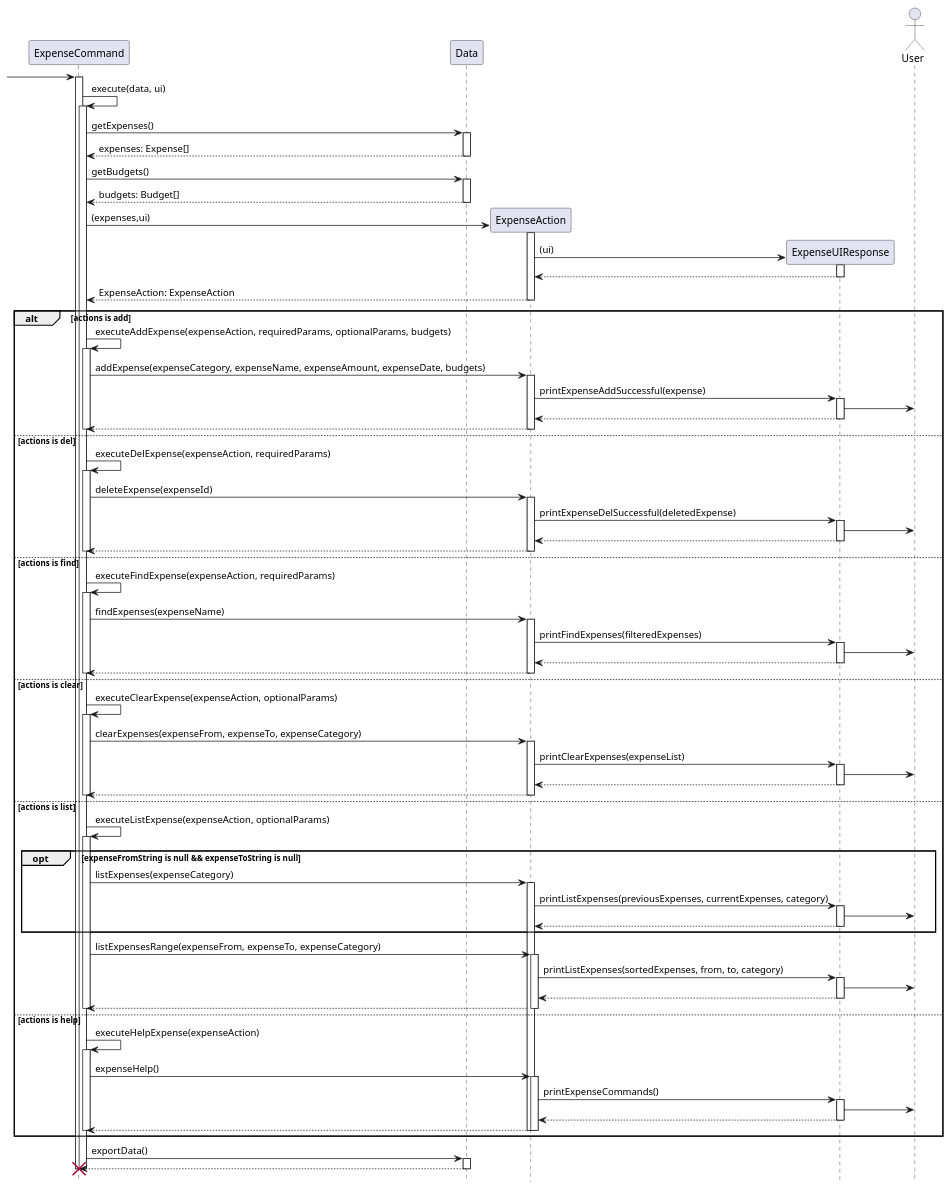
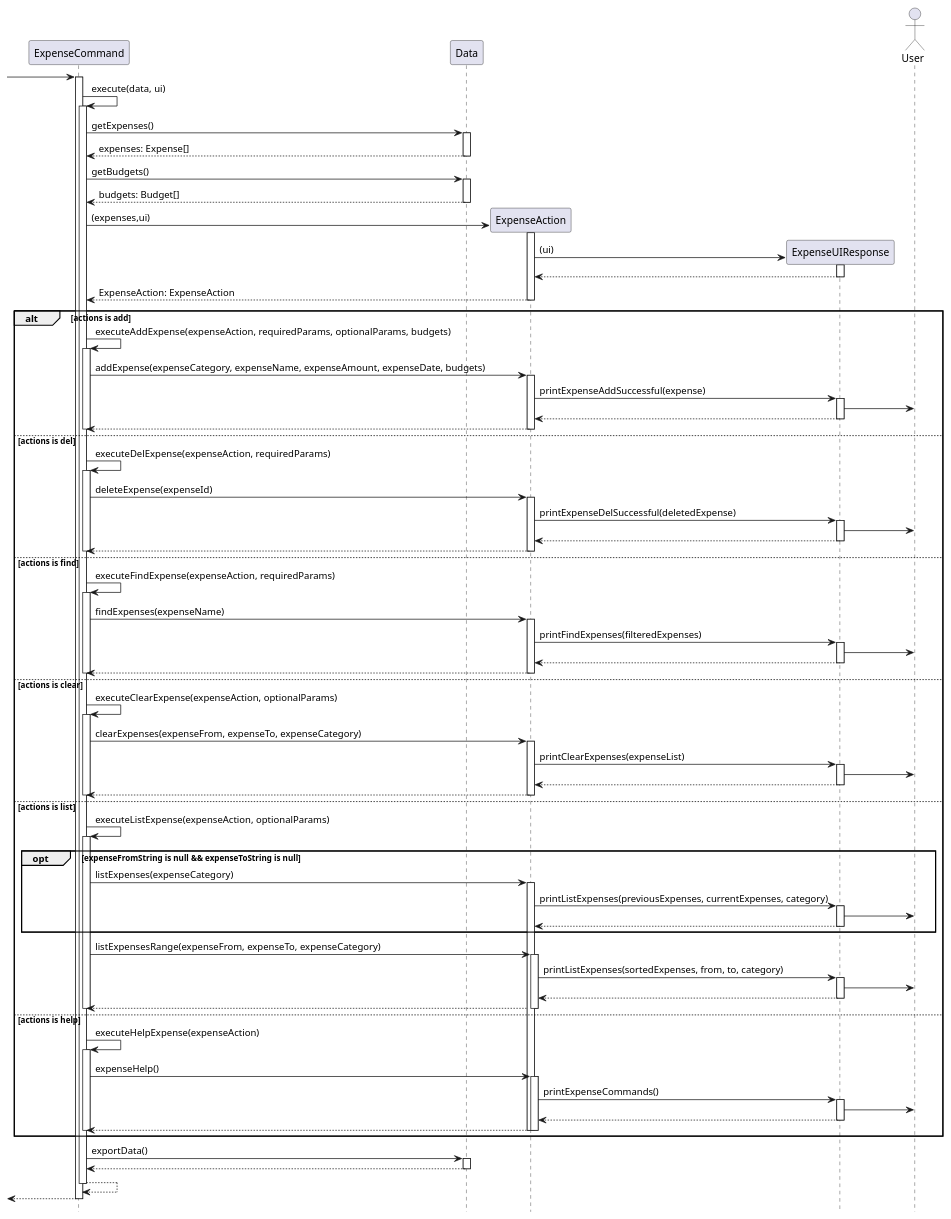
Before and after one commit to stephenkyang/tp: the diagram in docs/diagrams/ExpenseCommandSequence.puml, drawn with PlantUML. The commit also changed 7 other files, not shown here.

Commit message:
fix sequence diagrams

```diff
--- a/docs/diagrams/ExpenseCommandSequence.puml
+++ b/docs/diagrams/ExpenseCommandSequence.puml
@@ -1,137 +1,140 @@
 @startuml
 
 hide footbox
 
 participant ExpenseCommand
 participant Data
 participant ExpenseAction
 participant ExpenseUIResponse
 actor User
 
  -> "ExpenseCommand":
 
 activate "ExpenseCommand"
 "ExpenseCommand" -> "ExpenseCommand": execute(data, ui)
 activate  "ExpenseCommand"
 "ExpenseCommand" -> "Data": getExpenses()
 activate "Data"
 return expenses: Expense[]
 deactivate "Data"
 "ExpenseCommand" -> "Data": getBudgets()
 activate "Data"
 return budgets: Budget[]
 deactivate "Data"
 
 "ExpenseCommand" -> "ExpenseAction" ** : (expenses,ui)
 activate "ExpenseAction"
 
 "ExpenseAction" -> "ExpenseUIResponse" ** : (ui)
 activate "ExpenseUIResponse"
 "ExpenseUIResponse" --> "ExpenseAction"
 deactivate "ExpenseUIResponse"
 
 return ExpenseAction: ExpenseAction
 deactivate "ExpenseAction"
 
 
 alt actions is add
 "ExpenseCommand" -> "ExpenseCommand": executeAddExpense(expenseAction, requiredParams, optionalParams, budgets)
 activate "ExpenseCommand"
 "ExpenseCommand" -> "ExpenseAction" : addExpense(expenseCategory, expenseName, expenseAmount, expenseDate, budgets)
 activate "ExpenseAction"
 "ExpenseAction" -> "ExpenseUIResponse" : printExpenseAddSuccessful(expense)
 activate "ExpenseUIResponse"
 "ExpenseUIResponse" -> User
 return
 return
 
 deactivate "ExpenseCommand"
 
 else actions is del
 "ExpenseCommand" -> "ExpenseCommand": executeDelExpense(expenseAction, requiredParams)
 activate "ExpenseCommand"
 "ExpenseCommand" -> "ExpenseAction" : deleteExpense(expenseId)
 activate "ExpenseAction"
 "ExpenseAction" -> "ExpenseUIResponse" : printExpenseDelSuccessful(deletedExpense)
 activate "ExpenseUIResponse"
 "ExpenseUIResponse" -> User
 return
 return
 
 deactivate "ExpenseCommand"
 
 else actions is find
 "ExpenseCommand" -> "ExpenseCommand": executeFindExpense(expenseAction, requiredParams)
 activate "ExpenseCommand"
 "ExpenseCommand" -> "ExpenseAction" : findExpenses(expenseName)
 activate "ExpenseAction"
 "ExpenseAction" -> "ExpenseUIResponse" : printFindExpenses(filteredExpenses)
 activate "ExpenseUIResponse"
 "ExpenseUIResponse" -> User
 return
 return
 
 deactivate "ExpenseCommand"
 
 else actions is clear
 "ExpenseCommand" -> "ExpenseCommand": executeClearExpense(expenseAction, optionalParams)
 activate "ExpenseCommand"
 "ExpenseCommand" -> "ExpenseAction" : clearExpenses(expenseFrom, expenseTo, expenseCategory)
 activate "ExpenseAction"
 "ExpenseAction" -> "ExpenseUIResponse" : printClearExpenses(expenseList)
 activate "ExpenseUIResponse"
 "ExpenseUIResponse" -> User
 return
 return
 
 deactivate "ExpenseCommand"
 
 else actions is list
 "ExpenseCommand" -> "ExpenseCommand": executeListExpense(expenseAction, optionalParams)
 activate "ExpenseCommand"
 
 opt expenseFromString is null && expenseToString is null
 "ExpenseCommand" -> "ExpenseAction" : listExpenses(expenseCategory)
 activate "ExpenseAction"
 "ExpenseAction" -> "ExpenseUIResponse" : printListExpenses(previousExpenses, currentExpenses, category)
 activate "ExpenseUIResponse"
 "ExpenseUIResponse" -> User
 return
 end
 
 
 "ExpenseCommand" -> "ExpenseAction" : listExpensesRange(expenseFrom, expenseTo, expenseCategory)
 activate "ExpenseAction"
 "ExpenseAction" -> "ExpenseUIResponse" : printListExpenses(sortedExpenses, from, to, category)
 activate "ExpenseUIResponse"
 
 
 "ExpenseUIResponse" -> User
 return
 return
 
 deactivate "ExpenseCommand"
 
 else actions is help
 "ExpenseCommand" -> "ExpenseCommand": executeHelpExpense(expenseAction)
 activate "ExpenseCommand"
 "ExpenseCommand" -> "ExpenseAction" : expenseHelp()
 activate "ExpenseAction"
 "ExpenseAction" -> "ExpenseUIResponse" : printExpenseCommands()
 activate "ExpenseUIResponse"
 "ExpenseUIResponse" -> User
 return
 return
 
 deactivate "ExpenseCommand"
 end
 
 "ExpenseCommand" -> "Data": exportData()
 activate "Data"
 return
 deactivate "Data"
 
-destroy "ExpenseCommand"
+"ExpenseCommand" --> "ExpenseCommand"
+deactivate "ExpenseCommand"
+
+<-- "ExpenseCommand"
 deactivate "ExpenseCommand"
 
 @enduml
```
